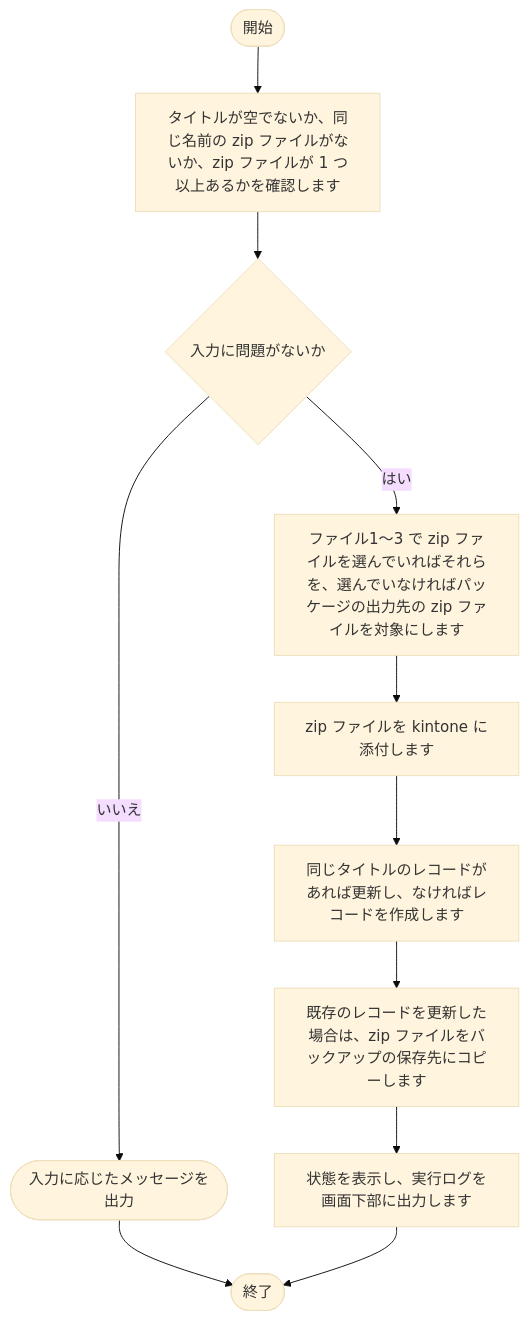
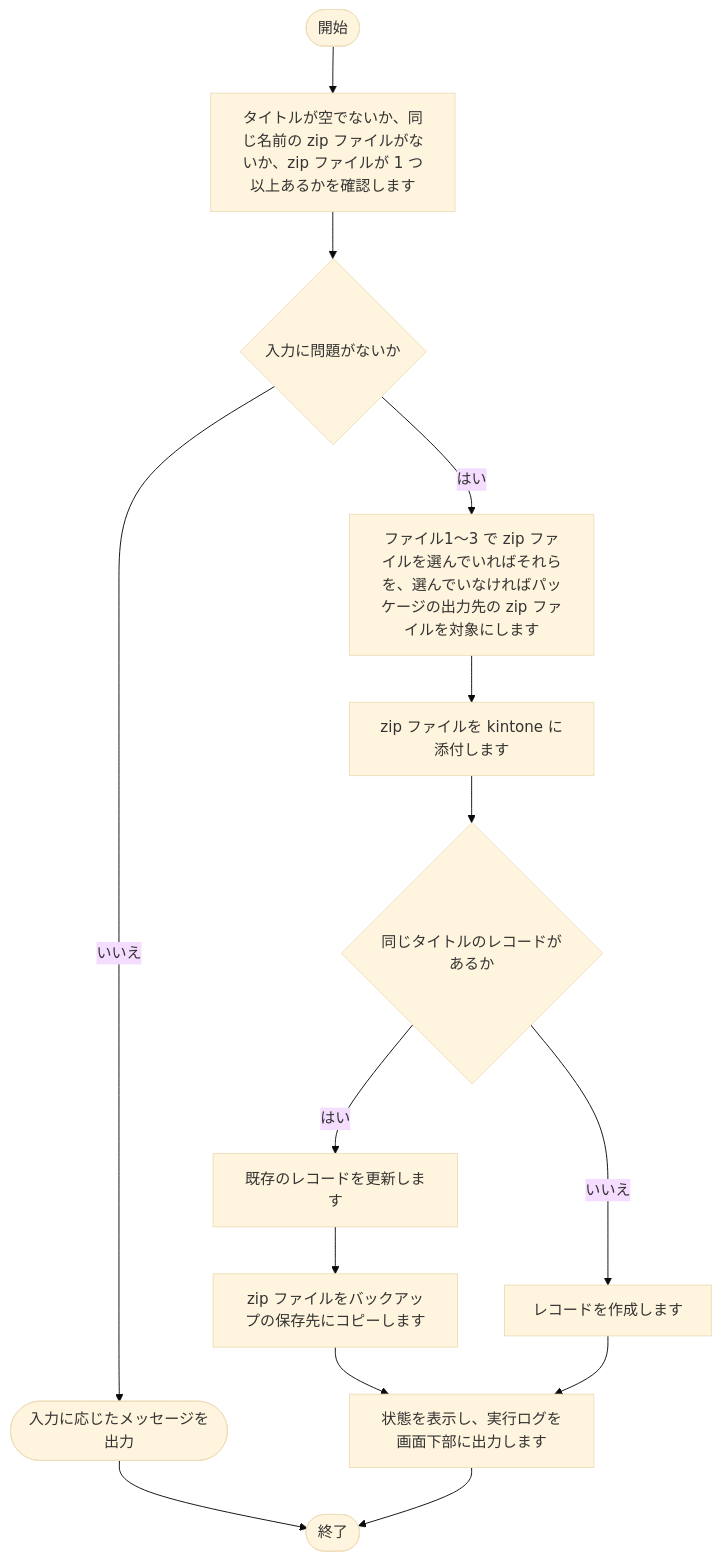
One commit to nishida2073/project_management changed the third of 13 diagrams in tool/package-generator/doc/02_設計/処理フロー.md. Above: the diagram before and after it, drawn with Mermaid (base theme).

````diff
--- a/tool/package-generator/doc/02_設計/処理フロー.md
+++ b/tool/package-generator/doc/02_設計/処理フロー.md
@@ -104,23 +104,28 @@
 ```mermaid
 flowchart TD
     S(["開始"])
     E(["終了"])
     N1["タイトルが空でないか、同じ名前の zip ファイルがないか、zip ファイルが 1 つ以上あるかを確認します"]
     S --> N1
     N2{"入力に問題がないか"}
     N1 --> N2
     X1(["入力に応じたメッセージを出力"])
     N2 -- いいえ --> X1
     X1 --> E
     N3["ファイル1〜3 で zip ファイルを選んでいればそれらを、選んでいなければパッケージの出力先の zip ファイルを対象にします"]
     N2 -- はい --> N3
     N4["zip ファイルを kintone に添付します"]
     N3 --> N4
-    N5["同じタイトルのレコードがあれば更新し、なければレコードを作成します"]
+    N5{"同じタイトルのレコードがあるか"}
     N4 --> N5
-    N5B["既存のレコードを更新した場合は、zip ファイルをバックアップの保存先にコピーします"]
-    N5 --> N5B
+    N5U["既存のレコードを更新します"]
+    N5 -- はい --> N5U
+    N5C["レコードを作成します"]
+    N5 -- いいえ --> N5C
+    N5B["zip ファイルをバックアップの保存先にコピーします"]
+    N5U --> N5B
     N6["状態を表示し、実行ログを画面下部に出力します"]
     N5B --> N6
+    N5C --> N6
     N6 --> E
 ```
````
